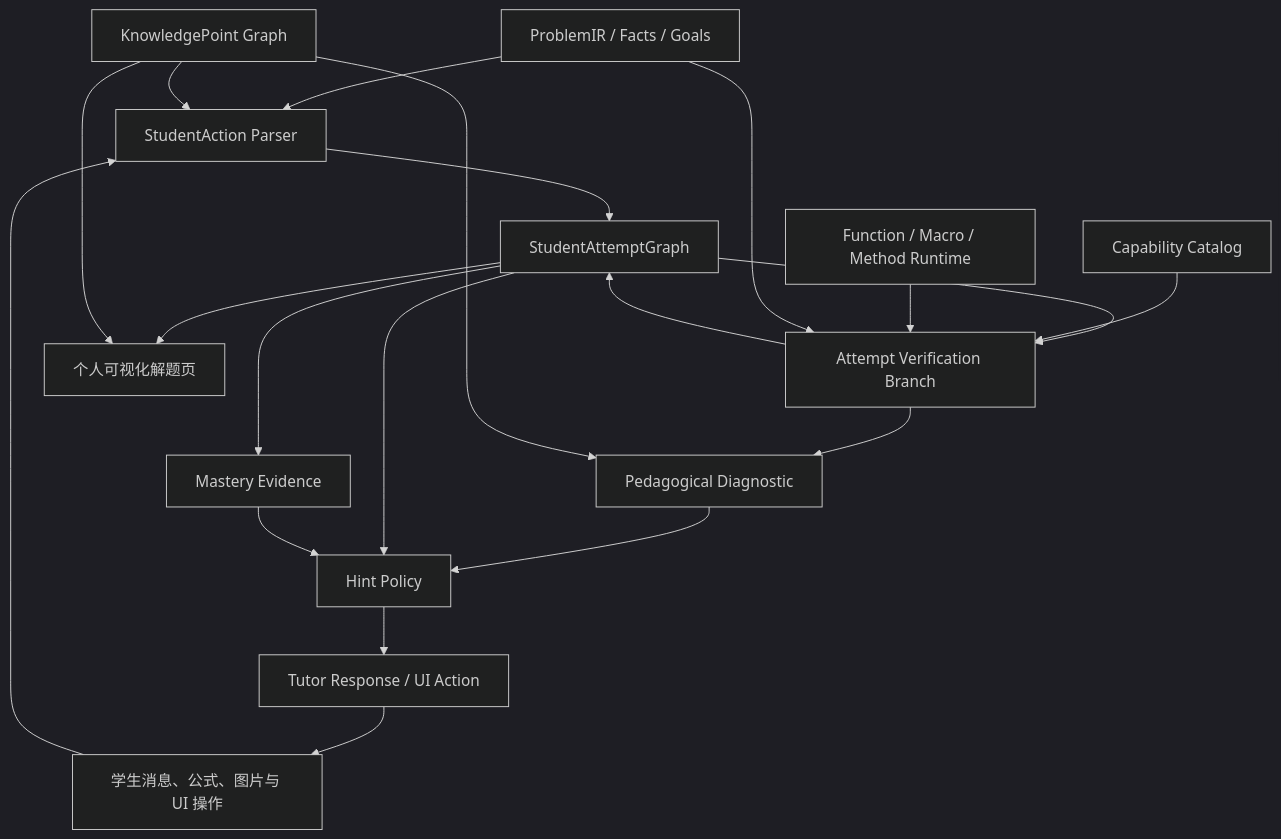
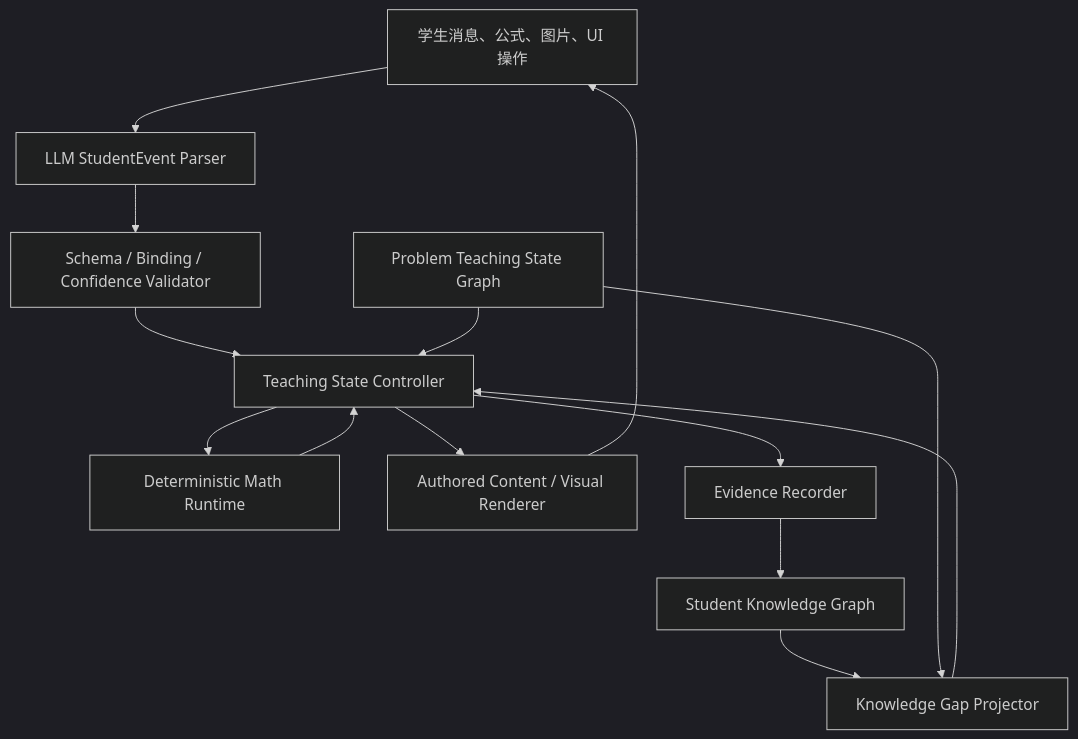
The fifth of 5 diagrams in docs/student-tutor-chat-system-design.md (rongchenxu100/shuxueshuo), drawn with Mermaid (dark theme) before and after one commit. The commit also changed other lines of this file and 5 other files, not shown here.

````diff
--- a/docs/student-tutor-chat-system-design.md
+++ b/docs/student-tutor-chat-system-design.md
@@ -107,36 +511,24 @@
 ```mermaid
 flowchart TD
-    P["ProblemIR / Facts / Goals"]
-    K["KnowledgePoint Graph"]
-    C["Capability Catalog"]
-    M["Function / Macro / Method Runtime"]
-    U["学生消息、公式、图片与 UI 操作"]
-    A["StudentAction Parser"]
-    G["StudentAttemptGraph"]
-    V["Attempt Verification Branch"]
-    D["Pedagogical Diagnostic"]
-    H["Hint Policy"]
-    R["Tutor Response / UI Action"]
-    E["Mastery Evidence"]
-    L["个人可视化解题页"]
+    U["学生消息、公式、图片、UI 操作"]
+    L["LLM StudentEvent Parser"]
+    S["Schema / Binding / Confidence Validator"]
+    T["Teaching State Controller"]
+    P["Problem Teaching State Graph"]
+    G["Student Knowledge Graph"]
+    D["Knowledge Gap Projector"]
+    M["Deterministic Math Runtime"]
+    R["Authored Content / Visual Renderer"]
+    E["Evidence Recorder"]
 
-    U --> A
-    P --> A
-    K --> A
-    A --> G
-    G --> V
-    C --> V
-    M --> V
-    P --> V
-    V --> D
-    K --> D
-    D --> H
-    G --> H
-    E --> H
-    H --> R
+    U --> L --> S --> T
+    P --> T
+    G --> D
+    P --> D
+    D --> T
+    T --> M
+    M --> T
+    T --> R
     R --> U
-    V --> G
-    G --> E
-    G --> L
-    K --> L
+    T --> E --> G
 ```
````
